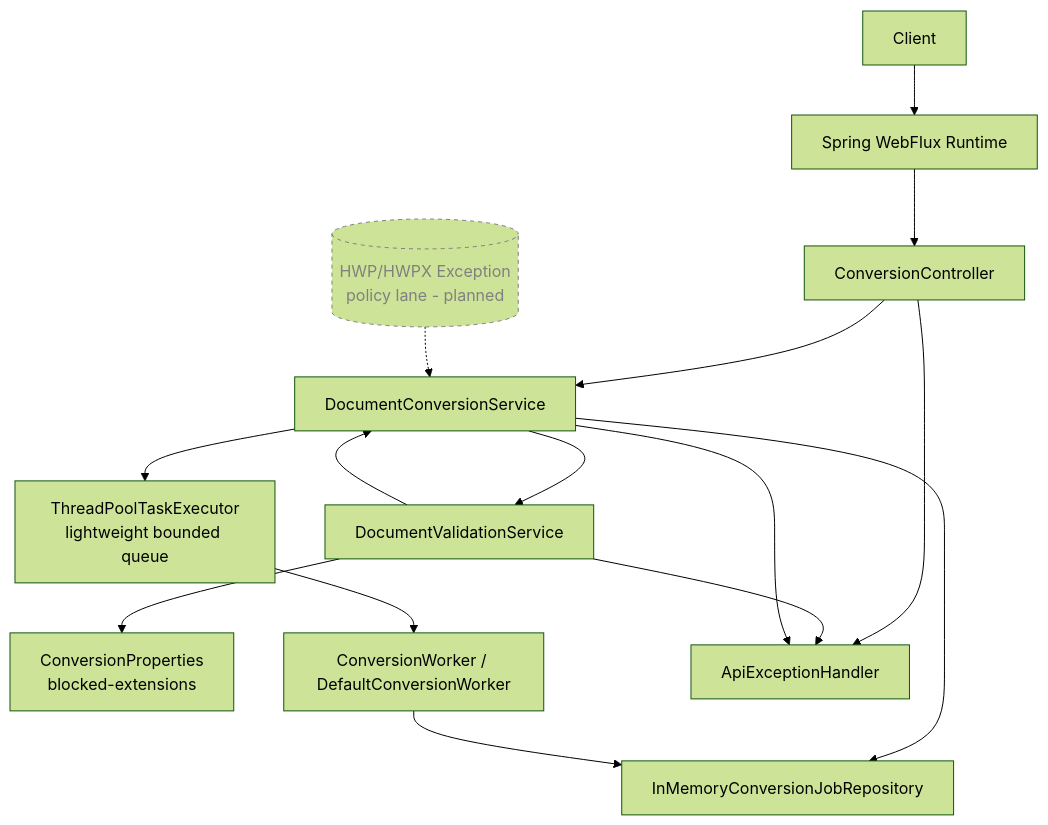
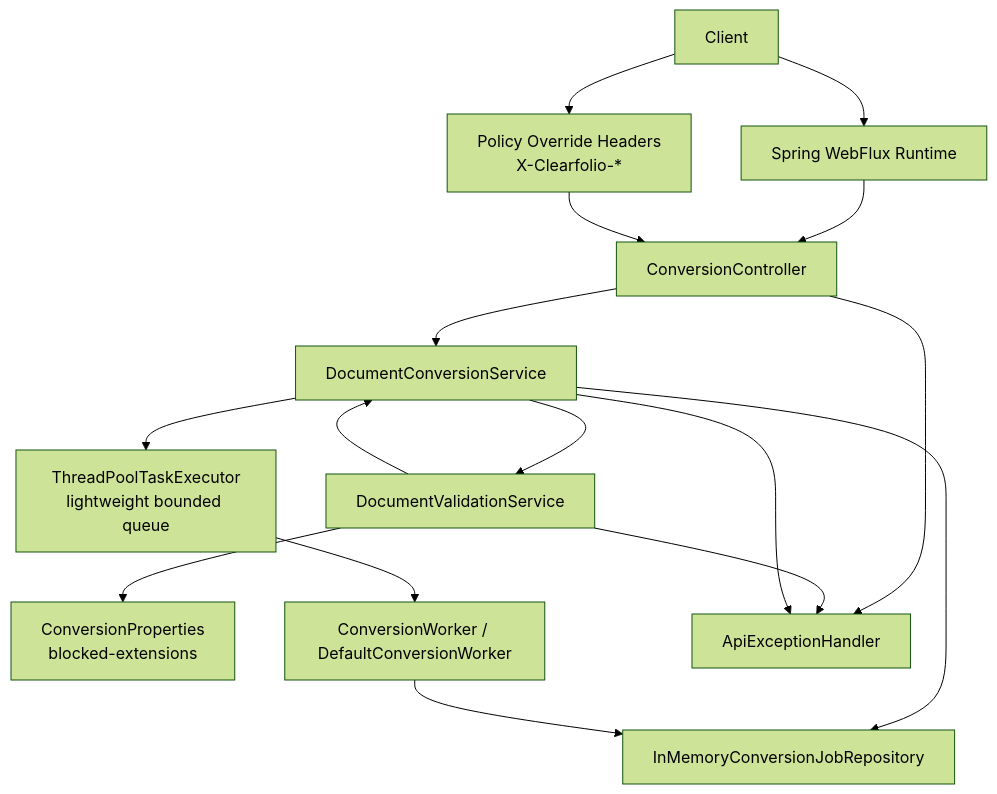
Before and after one commit to seonghobae/clearfolio: the first of 2 diagrams in docs/diagrams/submit-flow.md, drawn with Mermaid (forest theme). The commit also changed other lines of this file and 21 other files, not shown here.

First line of the commit message:
feat: add policy-override lane and deterministic viewer adapters (#6)

````diff
--- a/docs/diagrams/submit-flow.md
+++ b/docs/diagrams/submit-flow.md
@@ -9,32 +9,30 @@
 ```mermaid
 flowchart TB
   Client[Client]
   WebFlux[Spring WebFlux Runtime]
   Controller[ConversionController]
   Service[DocumentConversionService]
   Validation[DocumentValidationService]
   Properties[ConversionProperties\nblocked-extensions]
   Repository[InMemoryConversionJobRepository]
   Queue[ThreadPoolTaskExecutor\nlightweight bounded queue]
   Worker[ConversionWorker / DefaultConversionWorker]
   ExceptionHandler[ApiExceptionHandler]
-  ExceptionLane[(HWP/HWPX Exception\npolicy lane - planned)]
+  OverrideHeaders[Policy Override Headers\nX-Clearfolio-*]
 
   Client --> WebFlux
   WebFlux --> Controller
   Controller --> Service
   Service --> Validation
   Validation --> Properties
   Validation --> Service
   Service --> Repository
   Service --> Queue
   Queue --> Worker
   Worker --> Repository
   Controller --> ExceptionHandler
   Validation --> ExceptionHandler
   Service --> ExceptionHandler
-  ExceptionLane -.-> Service
-
-  classDef planned stroke-dasharray: 4 4,stroke:#808080,color:#808080;
-  class ExceptionLane planned;
+  Client --> OverrideHeaders
+  OverrideHeaders --> Controller
 ```
````
